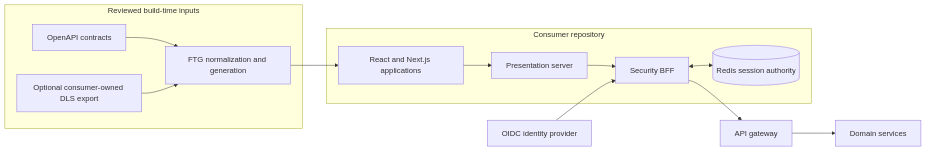
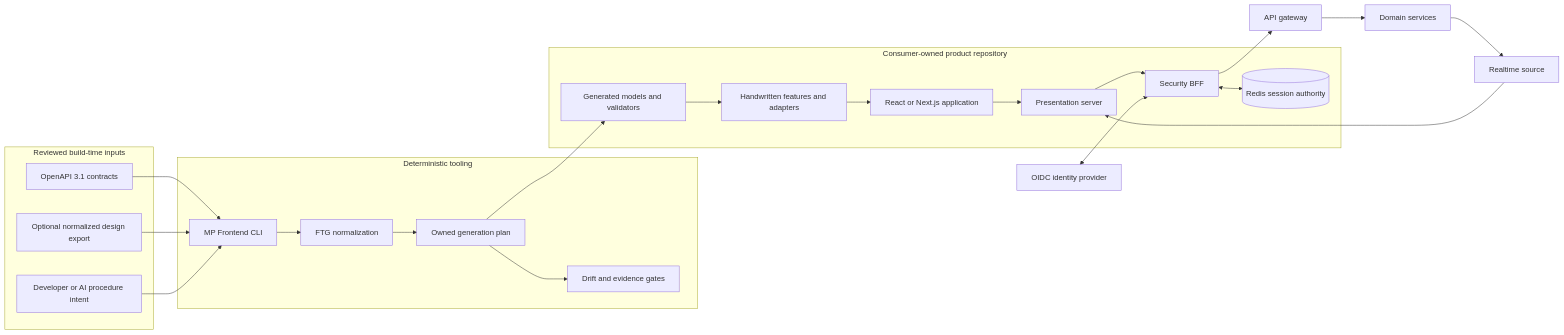
The second of 6 diagrams in README.md (panahister/mpfrontend), drawn with Mermaid before and after one commit. The commit also changed other lines of this file and 6 other files, not shown here.

````diff
--- a/README.md
+++ b/README.md
@@ -52,25 +178,38 @@
 ```mermaid
 flowchart LR
-  subgraph Build[Reviewed build-time inputs]
-    API[OpenAPI contracts]
-    DLS[Optional consumer-owned DLS export]
-    FTG[FTG normalization and generation]
-    API --> FTG
-    DLS --> FTG
+  subgraph Inputs[Reviewed build-time inputs]
+    API[OpenAPI 3.1 contracts]
+    DESIGN[Optional normalized design export]
+    INTENT[Developer or AI procedure intent]
   end
 
-  subgraph Product[Consumer repository]
-    UI[React and Next.js applications]
-    PS[Presentation server]
+  subgraph Tooling[Deterministic tooling]
+    CLI[MP Frontend CLI]
+    FTG[FTG normalization]
+    PLAN[Owned generation plan]
+    VERIFY[Drift and evidence gates]
+    CLI --> FTG --> PLAN --> VERIFY
+  end
+
+  subgraph Consumer[Consumer-owned product repository]
+    GENERATED[Generated models and validators]
+    AUTHORED[Handwritten features and adapters]
+    APP[React or Next.js application]
+    PRESENTATION[Presentation server]
     BFF[Security BFF]
     REDIS[(Redis session authority)]
-    FTG --> UI
-    UI --> PS
-    PS --> BFF
+    GENERATED --> AUTHORED --> APP --> PRESENTATION --> BFF
     BFF <--> REDIS
   end
 
-  IDP[OIDC identity provider] --> BFF
+  IDP[OIDC identity provider] <--> BFF
   BFF --> EDGE[API gateway]
   EDGE --> SERVICES[Domain services]
+  SERVICES --> EVENTS[Realtime source]
+  EVENTS --> PRESENTATION
+
+  API --> CLI
+  DESIGN --> CLI
+  INTENT --> CLI
+  PLAN --> GENERATED
 ```
````
